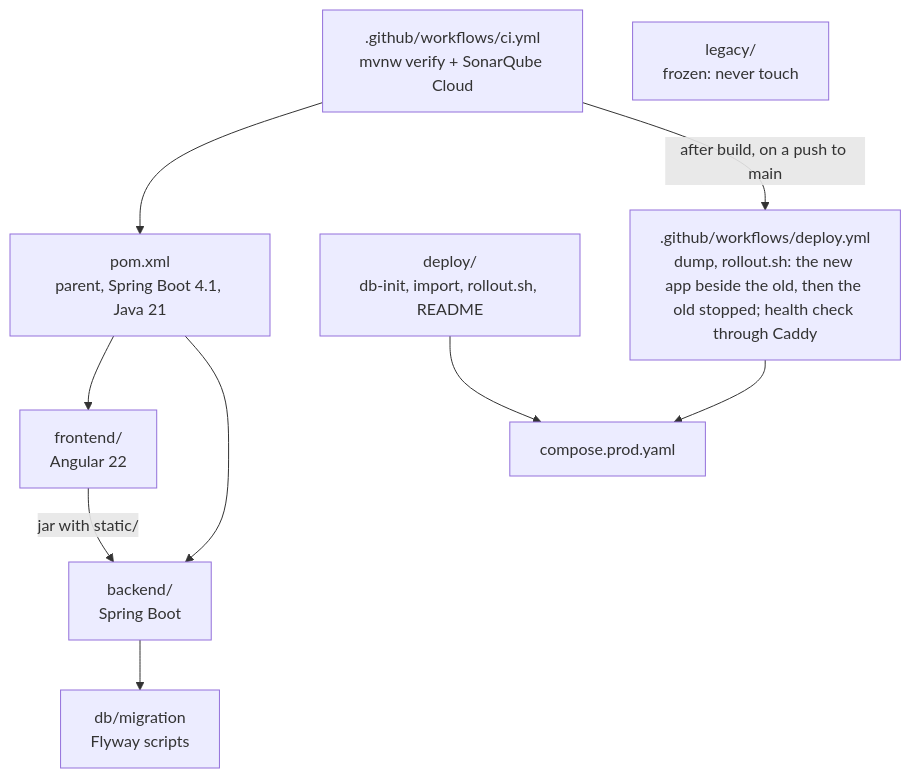
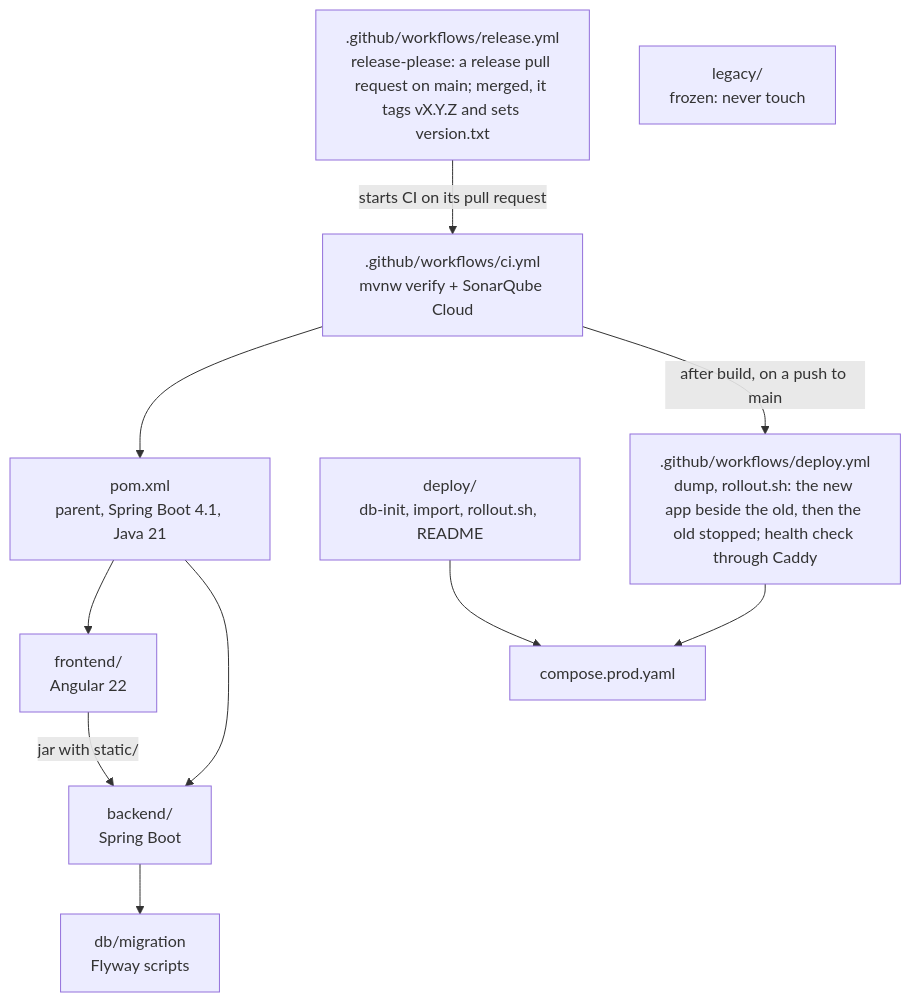
Before and after one commit to irmahs-labs/tournament-leaderboard: the second of 7 diagrams in docs/context-graph.md, drawn with Mermaid. The commit also changed other lines of this file and 8 other files, not shown here.

First line of the commit message:
ci: versions from release-please, starting at 1.0.0

````diff
--- a/docs/context-graph.md
+++ b/docs/context-graph.md
@@ -25,12 +25,13 @@
 ```mermaid
 flowchart TD
     root[pom.xml<br/>parent, Spring Boot 4.1, Java 21] --> fe[frontend/<br/>Angular 22]
     root --> be[backend/<br/>Spring Boot]
     fe -->|jar with static/| be
     be --> mig[db/migration<br/>Flyway scripts]
     deploy[deploy/<br/>db-init, import, rollout.sh, README] --> prod[compose.prod.yaml]
     ci[.github/workflows/ci.yml<br/>mvnw verify + SonarQube Cloud] --> root
+    rel[.github/workflows/release.yml<br/>release-please: a release pull request on main; merged, it tags vX.Y.Z and sets version.txt] -->|"starts CI on its pull request"| ci
     ci -->|"after build, on a push to main"| dep[.github/workflows/deploy.yml<br/>dump, rollout.sh: the new app beside the old, then the old stopped; health check through Caddy]
     dep --> prod
     legacy[legacy/<br/>frozen: never touch]
 ```
````
